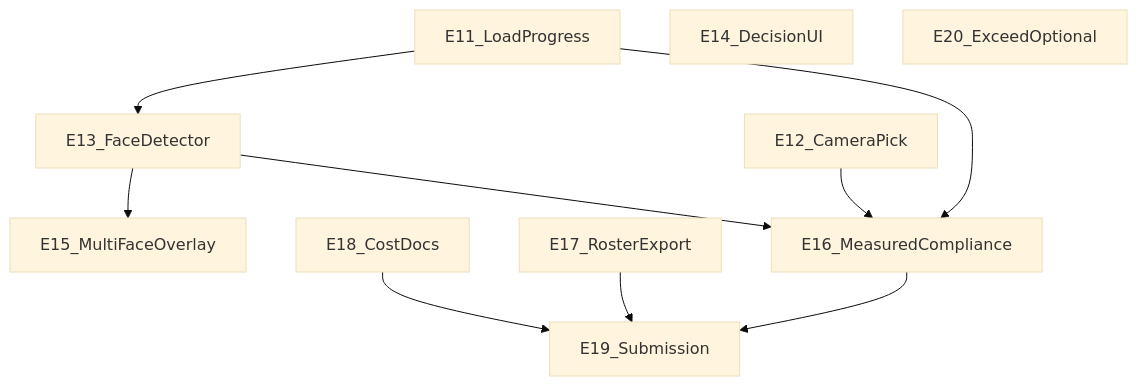
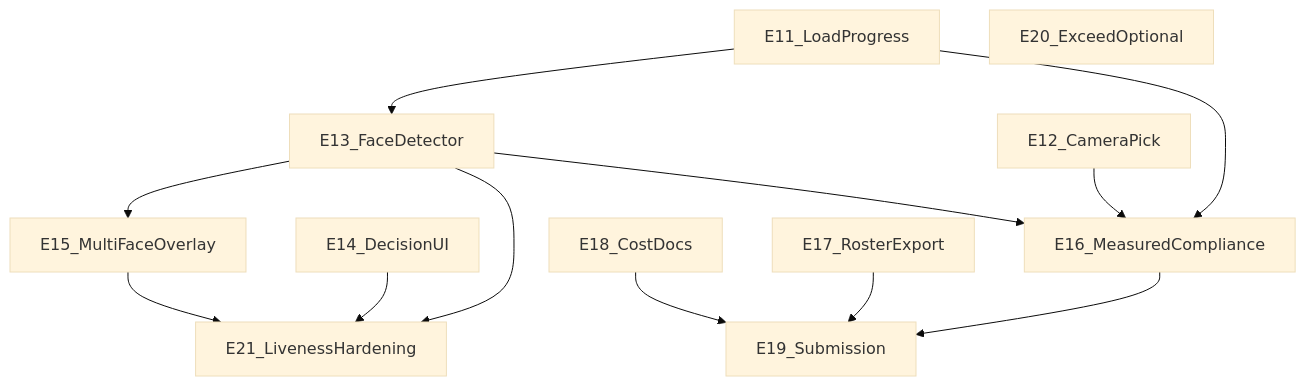
The sixth of 7 diagrams in docs/PRD.md (MichaelHabermas/let-me-in), drawn with Mermaid (base theme) before and after one commit. The commit also changed other lines of this file and 36 other files, not shown here.

````diff
--- a/docs/PRD.md
+++ b/docs/PRD.md
@@ -2584,21 +2722,25 @@
 ```mermaid
 flowchart TD
   E11[E11_LoadProgress]
   E12[E12_CameraPick]
   E13[E13_FaceDetector]
   E14[E14_DecisionUI]
   E15[E15_MultiFaceOverlay]
   E16[E16_MeasuredCompliance]
   E17[E17_RosterExport]
   E18[E18_CostDocs]
   E19[E19_Submission]
   E20[E20_ExceedOptional]
+  E21[E21_LivenessHardening]
   E11 --> E13
   E11 --> E16
   E12 --> E16
   E13 --> E15
   E13 --> E16
+  E13 --> E21
+  E14 --> E21
+  E15 --> E21
   E16 --> E19
   E17 --> E19
   E18 --> E19
 ```
````
